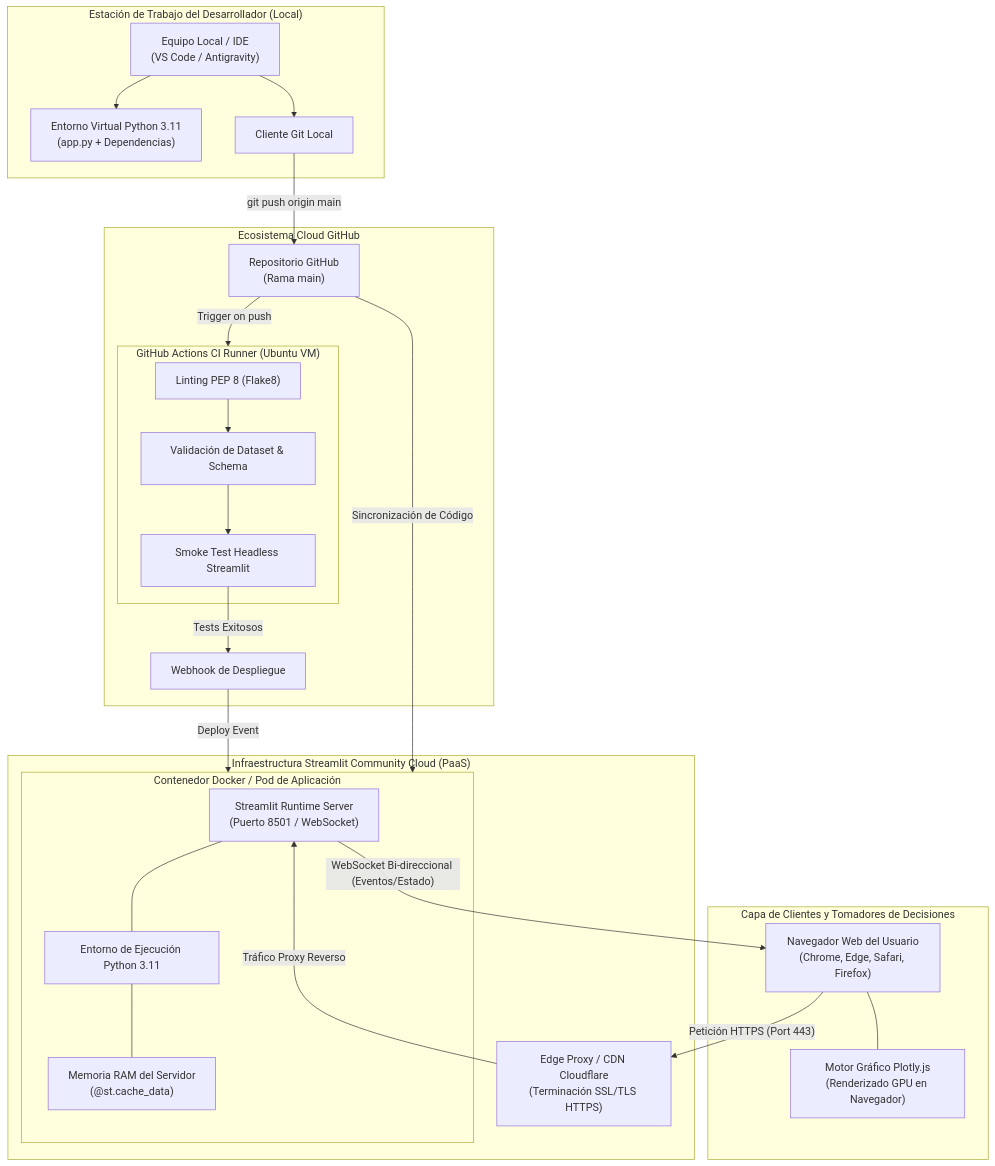
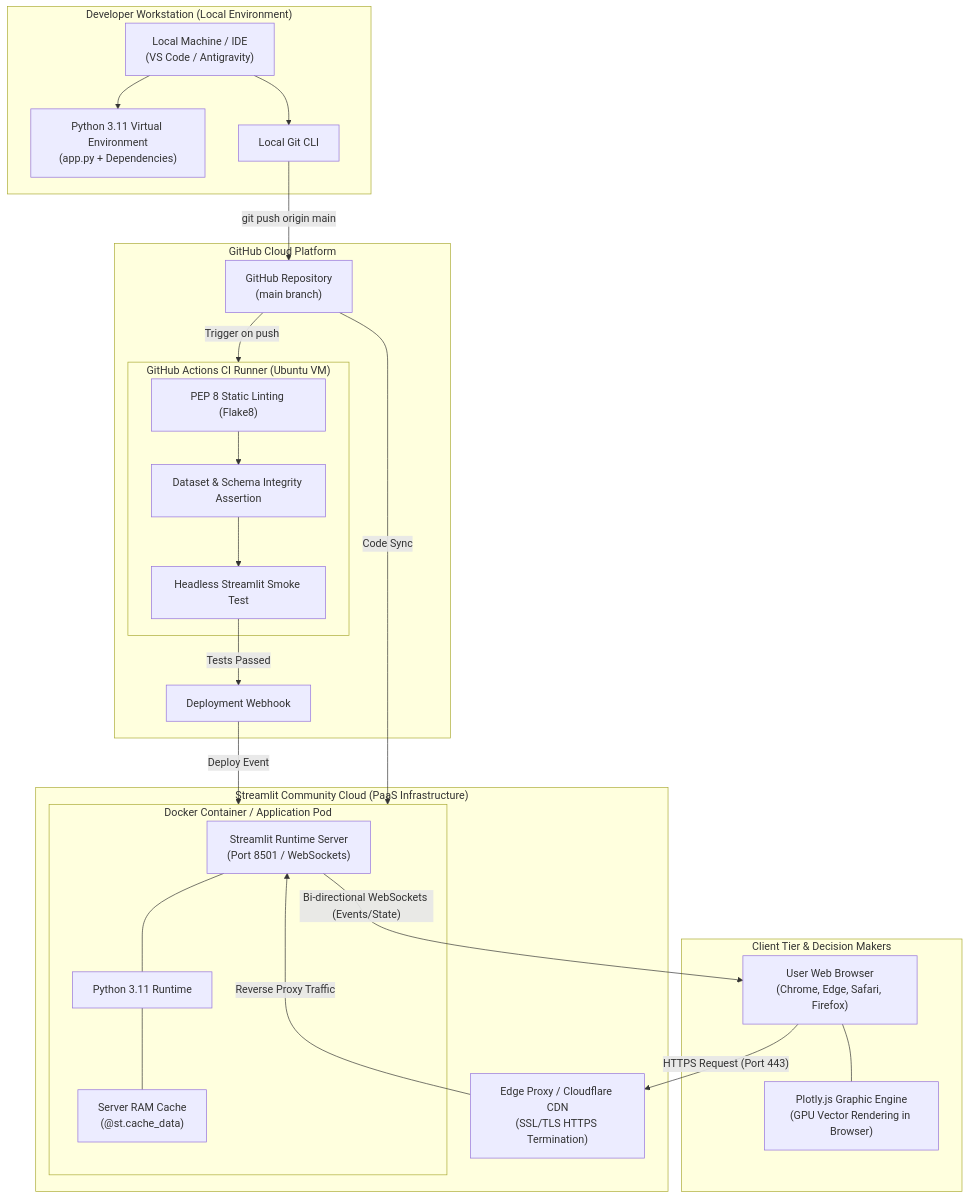
One commit to FabrizioPerezPeralta/Chancay-vs.-Callao-Interactive-Maritime-Logistics-Explorer-with-Python-Streamlit-Plotly changed the third of 5 diagrams in README.md. Above: the diagram before and after it, drawn with Mermaid. The commit also changed other lines of this file and 2 other files, not shown here.

Commit message:
docs: update production deployment links and finish English migration

````diff
--- a/README.md
+++ b/README.md
@@ -191,49 +193,49 @@
 ```mermaid
 flowchart TB
-    subgraph DevStation["Estación de Trabajo del Desarrollador (Local)"]
-        DevPC["Equipo Local / IDE<br/>(VS Code / Antigravity)"]
-        LocalVenv["Entorno Virtual Python 3.11<br/>(app.py + Dependencias)"]
-        GitCLI["Cliente Git Local"]
+    subgraph DevStation["Developer Workstation (Local Environment)"]
+        DevPC["Local Machine / IDE<br/>(VS Code / Antigravity)"]
+        LocalVenv["Python 3.11 Virtual Environment<br/>(app.py + Dependencies)"]
+        GitCLI["Local Git CLI"]
         DevPC --> LocalVenv
         DevPC --> GitCLI
     end
 
-    subgraph GitHubPlatform["Ecosistema Cloud GitHub"]
-        Repo["Repositorio GitHub<br/>(Rama main)"]
+    subgraph GitHubPlatform["GitHub Cloud Platform"]
+        Repo["GitHub Repository<br/>(main branch)"]
         subgraph GHActions["GitHub Actions CI Runner (Ubuntu VM)"]
-            JobLint["Linting PEP 8 (Flake8)"]
-            JobSchema["Validación de Dataset & Schema"]
-            JobSmoke["Smoke Test Headless Streamlit"]
+            JobLint["PEP 8 Static Linting (Flake8)"]
+            JobSchema["Dataset & Schema Integrity Assertion"]
+            JobSmoke["Headless Streamlit Smoke Test"]
         end
-        Webhook["Webhook de Despliegue"]
+        Webhook["Deployment Webhook"]
     end
 
-    subgraph StreamlitPlatform["Infraestructura Streamlit Community Cloud (PaaS)"]
-        CDN["Edge Proxy / CDN Cloudflare<br/>(Terminación SSL/TLS HTTPS)"]
-        subgraph AppContainer["Contenedor Docker / Pod de Aplicación"]
-            StreamlitCore["Streamlit Runtime Server<br/>(Puerto 8501 / WebSocket)"]
-            PyRuntime["Entorno de Ejecución Python 3.11"]
-            MemoryCache["Memoria RAM del Servidor<br/>(@st.cache_data)"]
+    subgraph StreamlitPlatform["Streamlit Community Cloud (PaaS Infrastructure)"]
+        CDN["Edge Proxy / Cloudflare CDN<br/>(SSL/TLS HTTPS Termination)"]
+        subgraph AppContainer["Docker Container / Application Pod"]
+            StreamlitCore["Streamlit Runtime Server<br/>(Port 8501 / WebSockets)"]
+            PyRuntime["Python 3.11 Runtime"]
+            MemoryCache["Server RAM Cache<br/>(@st.cache_data)"]
         end
     end
 
-    subgraph ClientTier["Capa de Clientes y Tomadores de Decisiones"]
-        Browser["Navegador Web del Usuario<br/>(Chrome, Edge, Safari, Firefox)"]
-        PlotlyRuntime["Motor Gráfico Plotly.js<br/>(Renderizado GPU en Navegador)"]
+    subgraph ClientTier["Client Tier & Decision Makers"]
+        Browser["User Web Browser<br/>(Chrome, Edge, Safari, Firefox)"]
+        PlotlyRuntime["Plotly.js Graphic Engine<br/>(GPU Vector Rendering in Browser)"]
         Browser --- PlotlyRuntime
     end
 
     GitCLI -->|"git push origin main"| Repo
     Repo -->|"Trigger on push"| GHActions
     JobLint --> JobSchema --> JobSmoke
-    JobSmoke -->|"Tests Exitosos"| Webhook
+    JobSmoke -->|"Tests Passed"| Webhook
     Webhook -->|"Deploy Event"| AppContainer
-    Repo -->|"Sincronización de Código"| AppContainer
+    Repo -->|"Code Sync"| AppContainer
 
     StreamlitCore --- PyRuntime
     PyRuntime --- MemoryCache
 
-    Browser -->|"Petición HTTPS (Port 443)"| CDN
-    CDN -->|"Tráfico Proxy Reverso"| StreamlitCore
-    StreamlitCore -->|"WebSocket Bi-direccional (Eventos/Estado)"| Browser
+    Browser -->|"HTTPS Request (Port 443)"| CDN
+    CDN -->|"Reverse Proxy Traffic"| StreamlitCore
+    StreamlitCore -->|"Bi-directional WebSockets (Events/State)"| Browser
 ```
````
